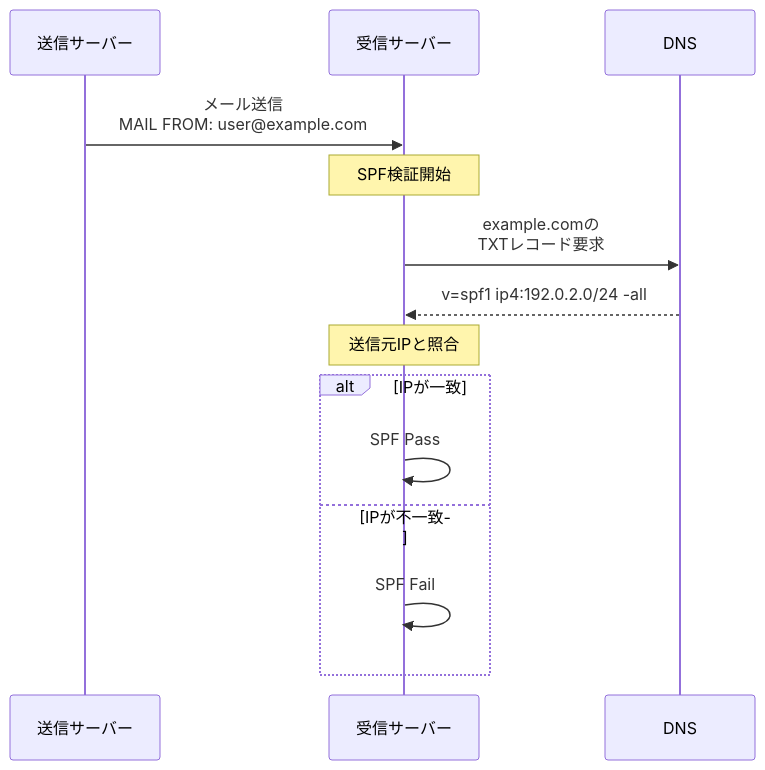
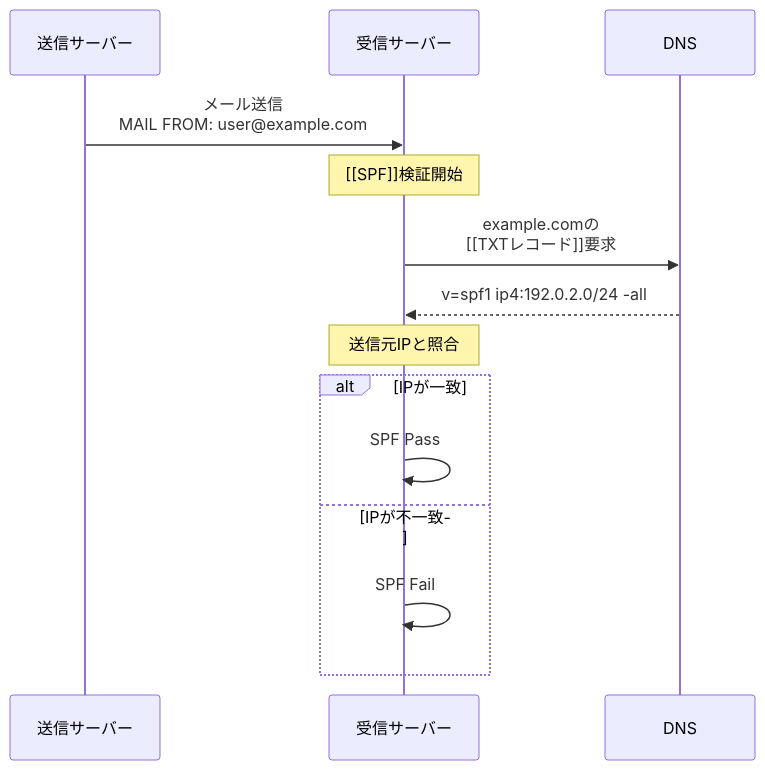
One commit to ikarigata/nespe_memo changed the third of 16 diagrams in site/src/content/docs/knowledges/email-authentication.mdx. Above: the diagram before and after it, drawn with Mermaid. The commit also changed other lines of this file and 12 other files, not shown here.

````diff
--- a/site/src/content/docs/knowledges/email-authentication.mdx
+++ b/site/src/content/docs/knowledges/email-authentication.mdx
@@ -82,19 +82,19 @@
 ```mermaid
 sequenceDiagram
     participant Sender as 送信サーバー
     participant Receiver as 受信サーバー
     participant DNS as DNS
 
     Sender->>Receiver: メール送信<br/>MAIL FROM: user@example.com
 
-    Note over Receiver: SPF検証開始
-    Receiver->>DNS: example.comの<br/>TXTレコード要求
+    Note over Receiver: [[SPF]]検証開始
+    Receiver->>DNS: example.comの<br/>[[TXTレコード]]要求
     DNS-->>Receiver: v=spf1 ip4:192.0.2.0/24 -all
 
     Note over Receiver: 送信元IPと照合
     alt IPが一致
         Receiver->>Receiver: SPF Pass
     else IPが不一致
         Receiver->>Receiver: SPF Fail
     end
 ```
````
